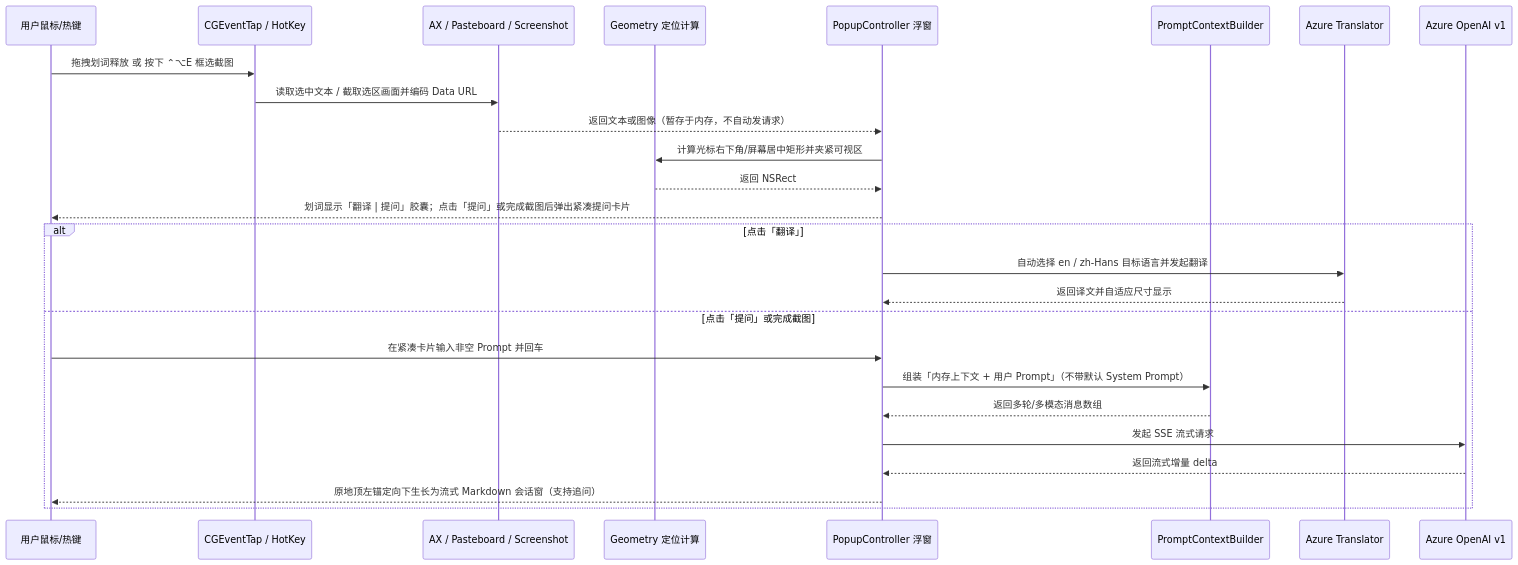
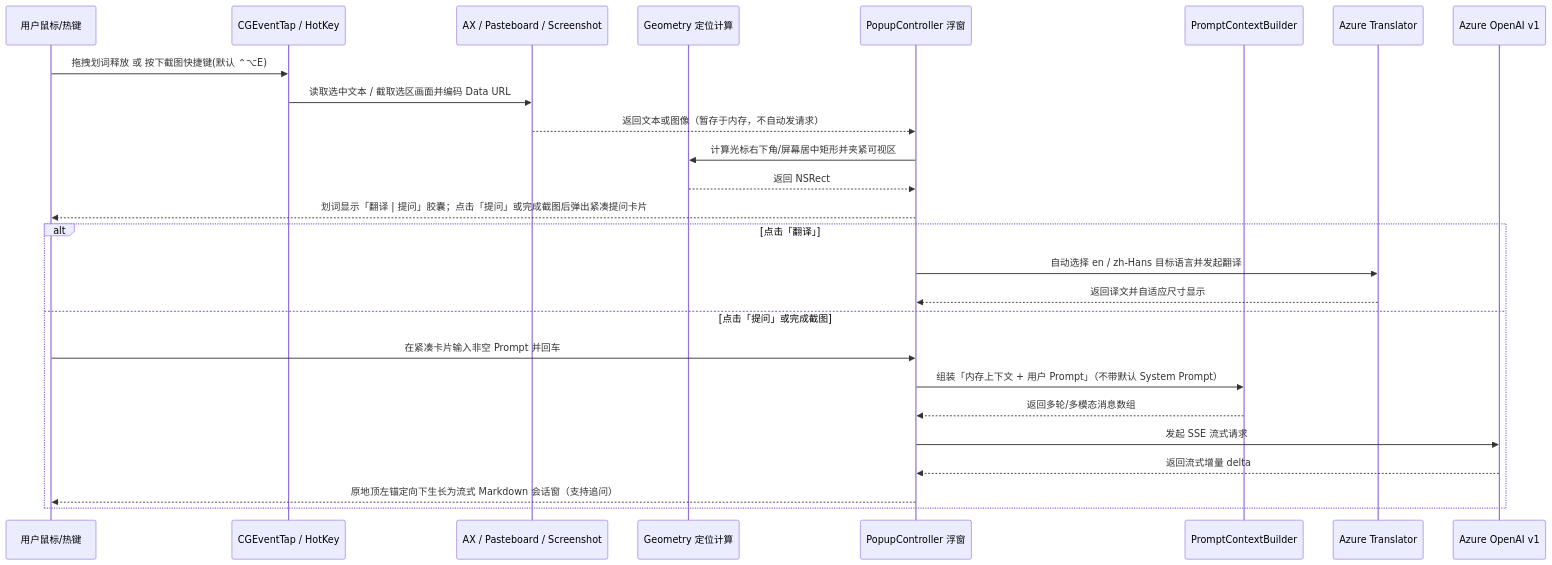
The second of 2 diagrams in docs/architecture/overview.md (Sofiawuh/Glint), drawn with Mermaid before and after one commit. The commit also changed other lines of this file and 16 other files, not shown here.

````diff
--- a/docs/architecture/overview.md
+++ b/docs/architecture/overview.md
@@ -33,29 +36,29 @@
 ```mermaid
 sequenceDiagram
     participant User as 用户鼠标/热键
     participant Tap as CGEventTap / HotKey
     participant Extractor as AX / Pasteboard / Screenshot
     participant Geo as Geometry 定位计算
     participant Popup as PopupController 浮窗
     participant Builder as PromptContextBuilder
     participant Translator as Azure Translator
     participant GPT as Azure OpenAI v1
 
-    User->>Tap: 拖拽划词释放 或 按下 ⌃⌥E 框选截图
+    User->>Tap: 拖拽划词释放 或 按下截图快捷键(默认 ⌃⌥E)
     Tap->>Extractor: 读取选中文本 / 截取选区画面并编码 Data URL
     Extractor-->>Popup: 返回文本或图像（暂存于内存，不自动发请求）
     Popup->>Geo: 计算光标右下角/屏幕居中矩形并夹紧可视区
     Geo-->>Popup: 返回 NSRect
     Popup-->>User: 划词显示「翻译 | 提问」胶囊；点击「提问」或完成截图后弹出紧凑提问卡片
     alt 点击「翻译」
         Popup->>Translator: 自动选择 en / zh-Hans 目标语言并发起翻译
         Translator-->>Popup: 返回译文并自适应尺寸显示
     else 点击「提问」或完成截图
         User->>Popup: 在紧凑卡片输入非空 Prompt 并回车
         Popup->>Builder: 组装「内存上下文 + 用户 Prompt」（不带默认 System Prompt）
         Builder-->>Popup: 返回多轮/多模态消息数组
         Popup->>GPT: 发起 SSE 流式请求
         GPT-->>Popup: 返回流式增量 delta
         Popup-->>User: 原地顶左锚定向下生长为流式 Markdown 会话窗（支持追问）
     end
 ```
````
